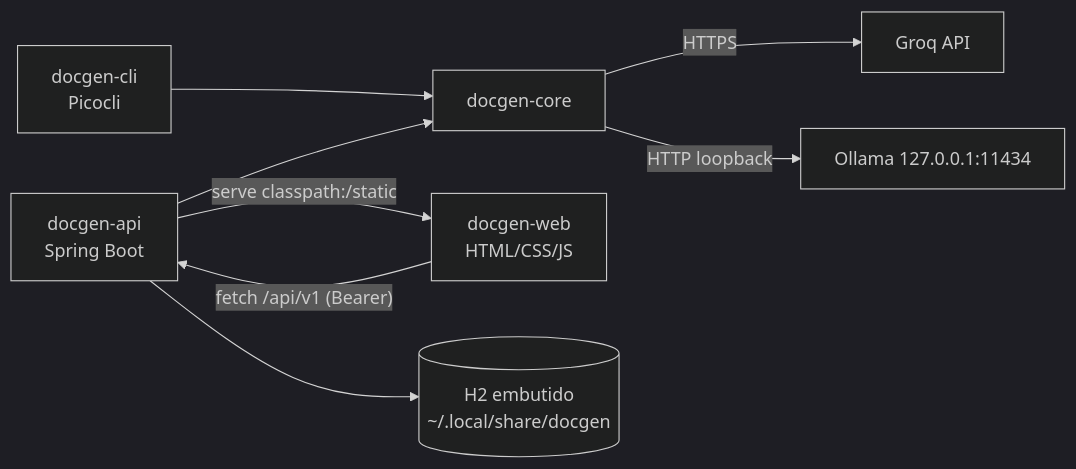
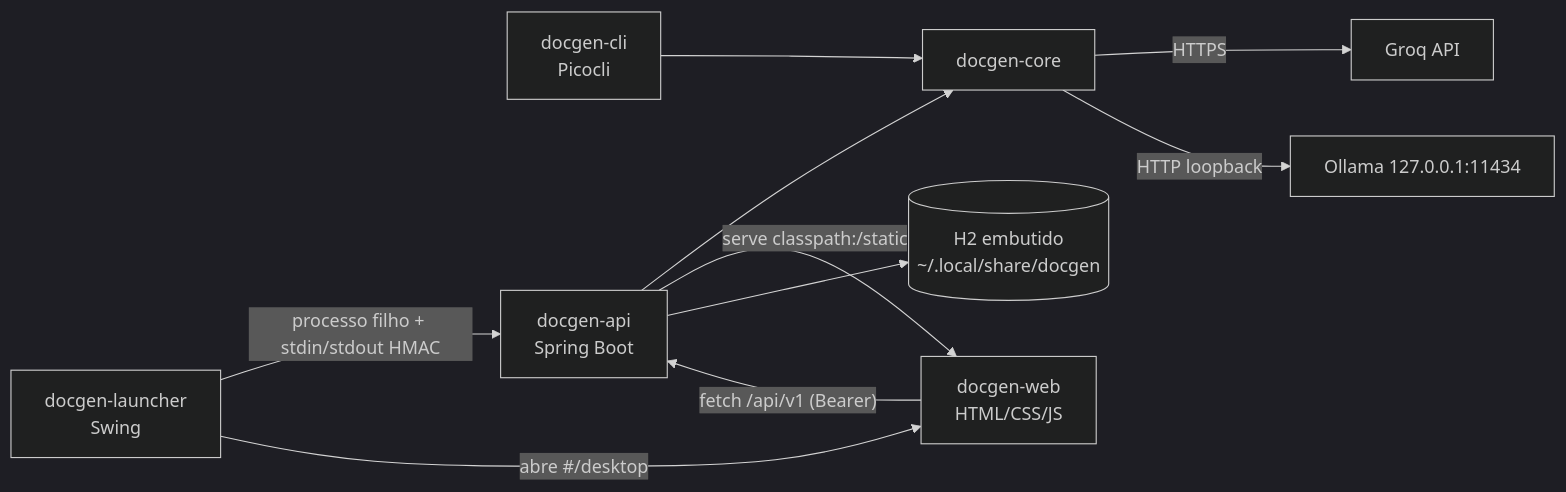
One commit to brunocorreia-dev/Docgen changed the first of 2 diagrams in ARCHITECTURE.md. Above: the diagram before and after it, drawn with Mermaid (dark theme). The commit also changed other lines of this file and 7 other files, not shown here.

````diff
--- a/ARCHITECTURE.md
+++ b/ARCHITECTURE.md
@@ -14,10 +16,12 @@
 ```mermaid
 flowchart LR
     CLI["docgen-cli<br/>Picocli"] --> CORE["docgen-core"]
     API["docgen-api<br/>Spring Boot"] --> CORE
     API -->|"serve classpath:/static"| WEB["docgen-web<br/>HTML/CSS/JS"]
     WEB -->|"fetch /api/v1 (Bearer)"| API
     CORE -->|"HTTPS"| GROQ["Groq API"]
     CORE -->|"HTTP loopback"| OLLAMA["Ollama 127.0.0.1:11434"]
     API --> H2[("H2 embutido<br/>~/.local/share/docgen")]
+    LAUNCHER["docgen-launcher<br/>Swing"] -->|"processo filho + stdin/stdout HMAC"| API
+    LAUNCHER -->|"abre #/desktop"| WEB
 ```
````
